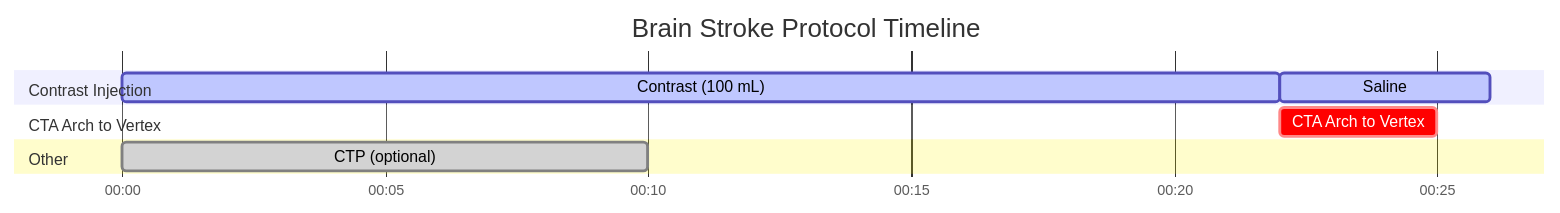
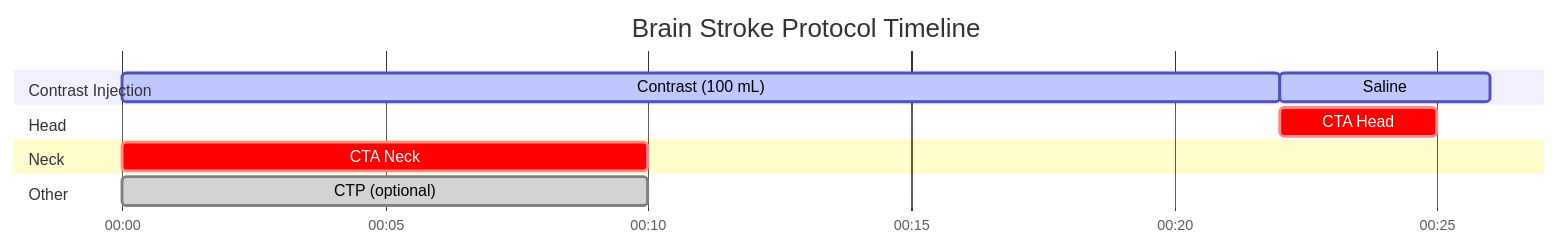
Before and after one commit to dfergs93/radiology-protocols: the diagram in docs/ct/neuro/brain-stroke-protocol.md, drawn with Mermaid. The commit also changed other lines of this file and 85 other files, not shown here.

Commit message:
Regenerate protocol markdown files with acquisition-diagram placeholder

````diff
--- a/docs/ct/neuro/brain-stroke-protocol.md
+++ b/docs/ct/neuro/brain-stroke-protocol.md
@@ -87,20 +88,22 @@
   ```mermaid
   ---
   displayMode: compact
   config:
     theme: default
     themeCSS: " #Saline{ fill: #4ed5ff; stroke: #2094f3; } "
   ---
     gantt
       title Brain Stroke Protocol Timeline
       dateFormat mm:ss
       axisFormat %M:%S 
       
       section Contrast Injection
       Contrast (100 mL)    :active, contrast, 00:00, 22s
       Saline          :active, saline, after contrast, 4s
-      section CTA Arch to Vertex
-      CTA Arch to Vertex    :crit, scan1, after contrast, 3s
+      section Head
+      CTA Head    :crit, scan1, after contrast, 3s
+      section Neck
+      CTA Neck    :crit, scan2, 00:00, 10s
       section Other
       CTP (optional)    :done, scan3, 00:00, 10s
   ```
````
